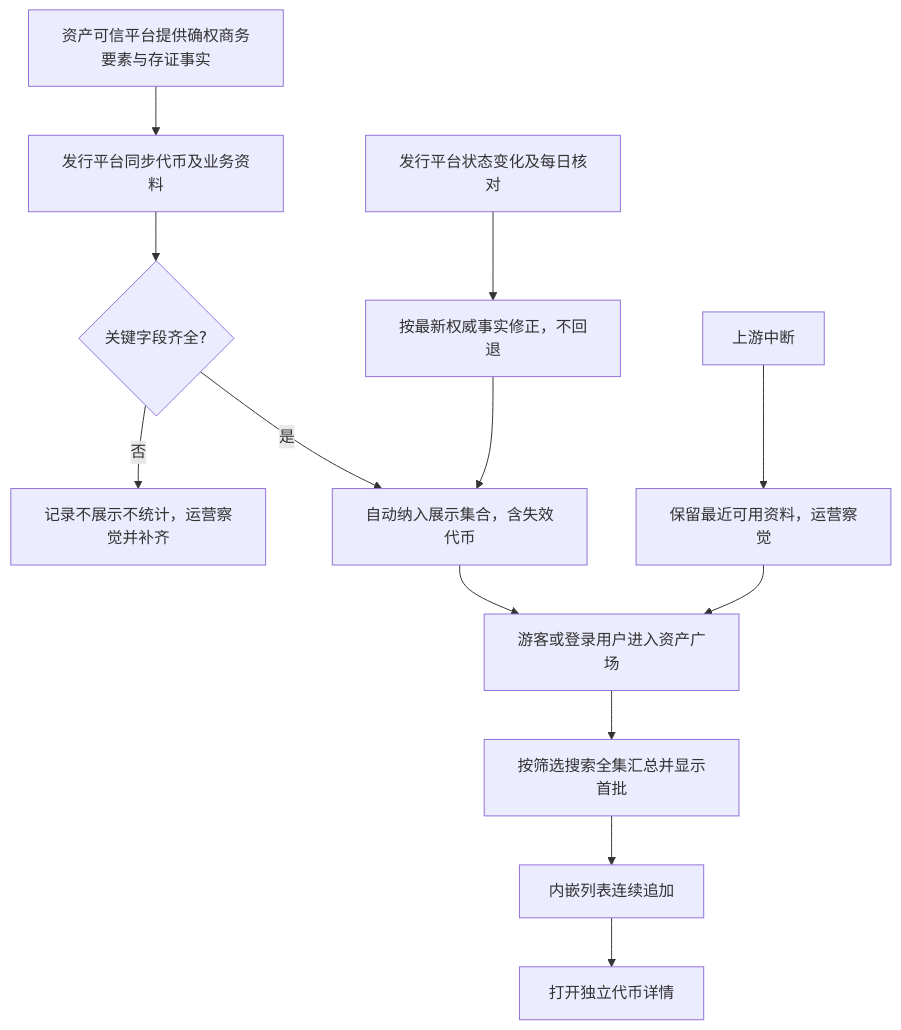
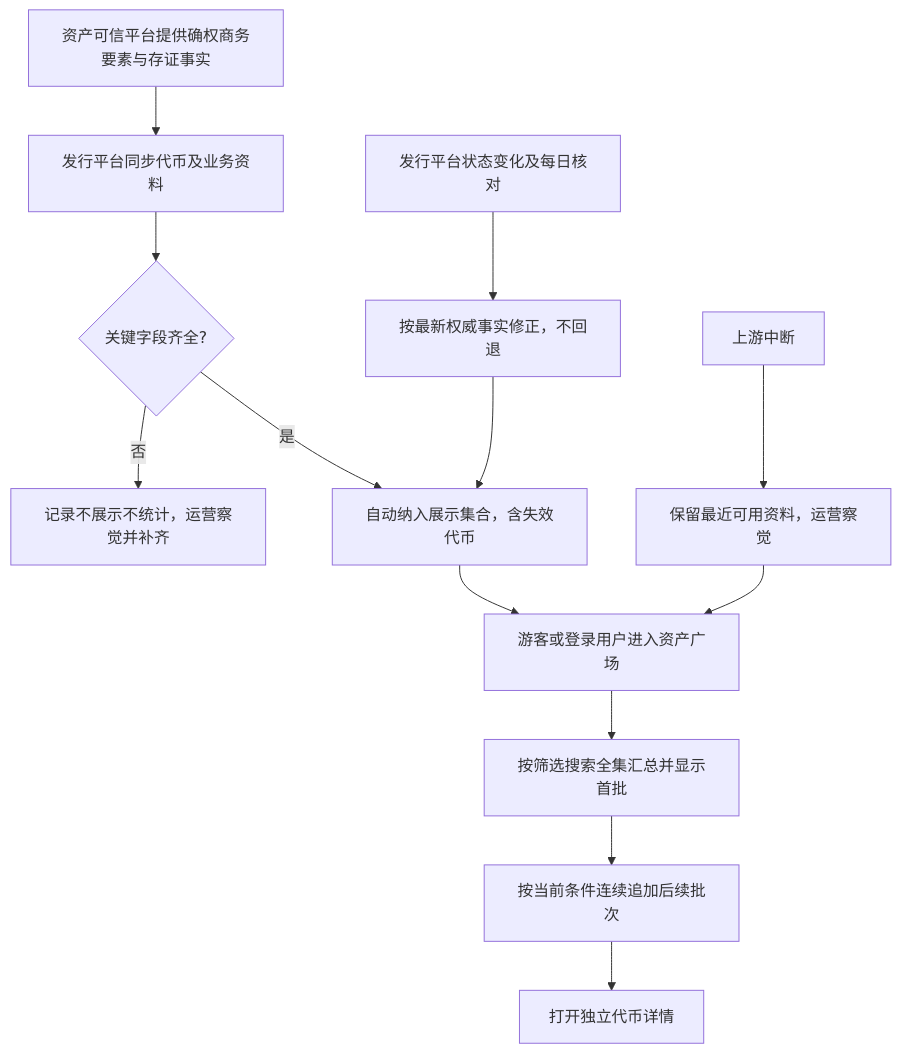
Before and after one commit to wxblockchain/Chain-Financing: the first of 6 diagrams in lending-platform/PRD/v1.0-资产广场-已上架代币只读域/02-资产广场-流程图与状态机.md, drawn with Mermaid. The commit also changed other lines of this file and 2 other files, not shown here.

````diff
--- a/lending-platform/PRD/v1.0-资产广场-已上架代币只读域/02-资产广场-流程图与状态机.md
+++ b/lending-platform/PRD/v1.0-资产广场-已上架代币只读域/02-资产广场-流程图与状态机.md
@@ -10,15 +12,15 @@
 ```mermaid
 flowchart TD
   S[资产可信平台提供确权商务要素与存证事实] --> A
   A[发行平台同步代币及业务资料] --> B{关键字段齐全?}
   B -->|否| C[记录不展示不统计，运营察觉并补齐]
   B -->|是| D[自动纳入展示集合，含失效代币]
   D --> E[游客或登录用户进入资产广场]
   E --> F[按筛选搜索全集汇总并显示首批]
-  F --> G[内嵌列表连续追加]
+  F --> G[按当前条件连续追加后续批次]
   G --> H[打开独立代币详情]
   I[发行平台状态变化及每日核对] --> J[按最新权威事实修正，不回退]
   J --> D
   K[上游中断] --> L[保留最近可用资料，运营察觉]
   L --> E
 ```
````
